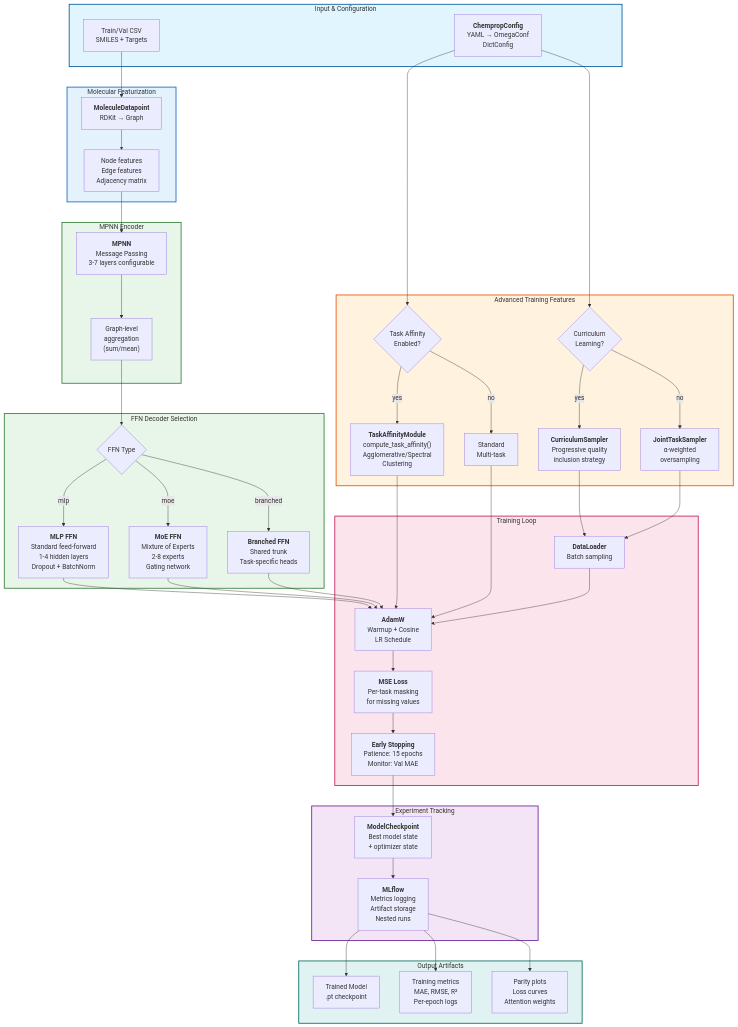
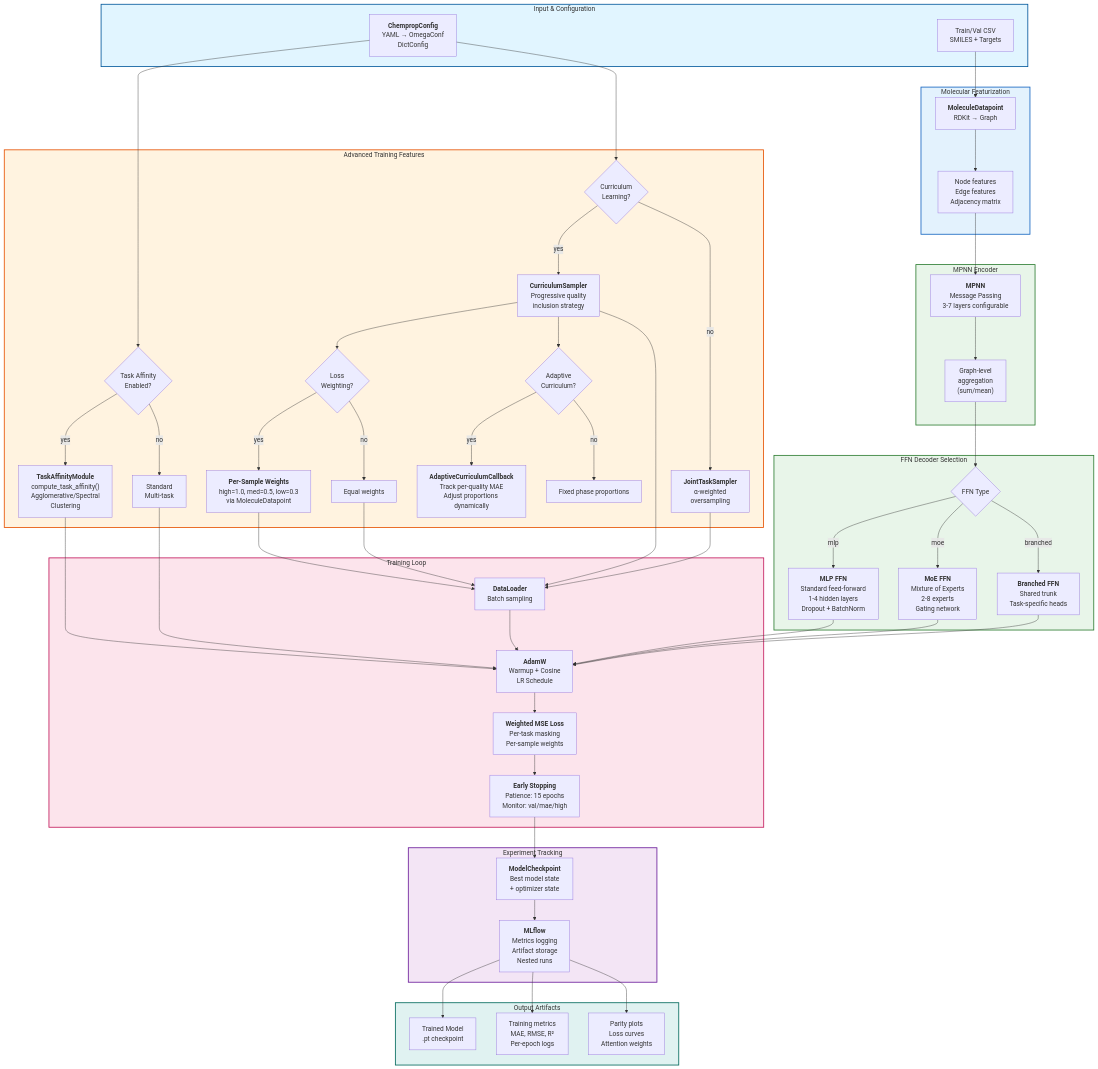
Before and after one commit to alec-glisman/OpenADMET-ExpansionRx-Blind-Challenge: the fourth of 8 diagrams in README.md, drawn with Mermaid. The commit also changed other lines of this file and 21 other files, not shown here.

First line of the commit message:
Enhance Dynamic Curriculum Sampler with Count Normalization and Update Phase Weights

````diff
--- a/README.md
+++ b/README.md
@@ -277,63 +277,72 @@
 ```mermaid
 flowchart TB
     subgraph Input["Input & Configuration"]
         Config["<b>ChempropConfig</b><br/>YAML → OmegaConf<br/>DictConfig"]
         Data["Train/Val CSV<br/>SMILES + Targets"]
     end
 
     subgraph Featurization["Molecular Featurization"]
         Data --> MolGraph["<b>MoleculeDatapoint</b><br/>RDKit → Graph"]
         MolGraph --> Features["Node features<br/>Edge features<br/>Adjacency matrix"]
     end
 
     subgraph Encoder["MPNN Encoder"]
         Features --> MPNN["<b>MPNN</b><br/>Message Passing<br/>3-7 layers configurable"]
         MPNN --> Aggregation["Graph-level<br/>aggregation<br/>(sum/mean)"]
     end
 
     subgraph Decoder["FFN Decoder Selection"]
         Aggregation --> FFNChoice{"FFN Type"}
         FFNChoice -->|mlp| MLP["<b>MLP FFN</b><br/>Standard feed-forward<br/>1-4 hidden layers<br/>Dropout + BatchNorm"]
         FFNChoice -->|moe| MoE["<b>MoE FFN</b><br/>Mixture of Experts<br/>2-8 experts<br/>Gating network"]
         FFNChoice -->|branched| Branched["<b>Branched FFN</b><br/>Shared trunk<br/>Task-specific heads"]
     end
 
     subgraph Advanced["Advanced Training Features"]
         Config --> TaskAff{"Task Affinity<br/>Enabled?"}
         TaskAff -->|yes| TAModule["<b>TaskAffinityModule</b><br/>compute_task_affinity()<br/>Agglomerative/Spectral<br/>Clustering"]
         TaskAff -->|no| Standard["Standard<br/>Multi-task"]
 
         Config --> Curriculum{"Curriculum<br/>Learning?"}
         Curriculum -->|yes| CurrSampler["<b>CurriculumSampler</b><br/>Progressive quality<br/>inclusion strategy"]
         Curriculum -->|no| JointSampler["<b>JointTaskSampler</b><br/>α-weighted<br/>oversampling"]
+
+        CurrSampler --> LossWeight{"Loss<br/>Weighting?"}
+        LossWeight -->|yes| PerSampleW["<b>Per-Sample Weights</b><br/>high=1.0, med=0.5, low=0.3<br/>via MoleculeDatapoint"]
+        LossWeight -->|no| EqualWeight["Equal weights"]
+
+        CurrSampler --> Adaptive{"Adaptive<br/>Curriculum?"}
+        Adaptive -->|yes| AdaptiveCallback["<b>AdaptiveCurriculumCallback</b><br/>Track per-quality MAE<br/>Adjust proportions dynamically"]
+        Adaptive -->|no| FixedPhases["Fixed phase proportions"]
     end
 
     subgraph Training["Training Loop"]
         MLP & MoE & Branched --> Optimizer["<b>AdamW</b><br/>Warmup + Cosine<br/>LR Schedule"]
         TAModule & Standard --> Optimizer
         CurrSampler & JointSampler --> Loader["<b>DataLoader</b><br/>Batch sampling"]
+        PerSampleW & EqualWeight --> Loader
         Loader --> Optimizer
-        Optimizer --> Loss["<b>MSE Loss</b><br/>Per-task masking<br/>for missing values"]
-        Loss --> EarlyStopping["<b>Early Stopping</b><br/>Patience: 15 epochs<br/>Monitor: Val MAE"]
+        Optimizer --> Loss["<b>Weighted MSE Loss</b><br/>Per-task masking<br/>Per-sample weights"]
+        Loss --> EarlyStopping["<b>Early Stopping</b><br/>Patience: 15 epochs<br/>Monitor: val/mae/high"]
     end
 
     subgraph Tracking["Experiment Tracking"]
         EarlyStopping --> Checkpoint["<b>ModelCheckpoint</b><br/>Best model state<br/>+ optimizer state"]
         Checkpoint --> MLflow["<b>MLflow</b><br/>Metrics logging<br/>Artifact storage<br/>Nested runs"]
     end
 
     subgraph Output["Output Artifacts"]
         MLflow --> TrainedModel["Trained Model<br/>.pt checkpoint"]
         MLflow --> Metrics["Training metrics<br/>MAE, RMSE, R²<br/>Per-epoch logs"]
         MLflow --> Plots["Parity plots<br/>Loss curves<br/>Attention weights"]
     end
 
     style Input fill:#e1f5ff,stroke:#01579b,stroke-width:2px
     style Featurization fill:#e3f2fd,stroke:#1565c0,stroke-width:2px
     style Encoder fill:#e8f5e9,stroke:#2e7d32,stroke-width:2px
     style Decoder fill:#e8f5e9,stroke:#2e7d32,stroke-width:2px
     style Advanced fill:#fff3e0,stroke:#e65100,stroke-width:2px
     style Training fill:#fce4ec,stroke:#c2185b,stroke-width:2px
     style Tracking fill:#f3e5f5,stroke:#6a1b9a,stroke-width:2px
     style Output fill:#e0f2f1,stroke:#00695c,stroke-width:2px
 ```
````
